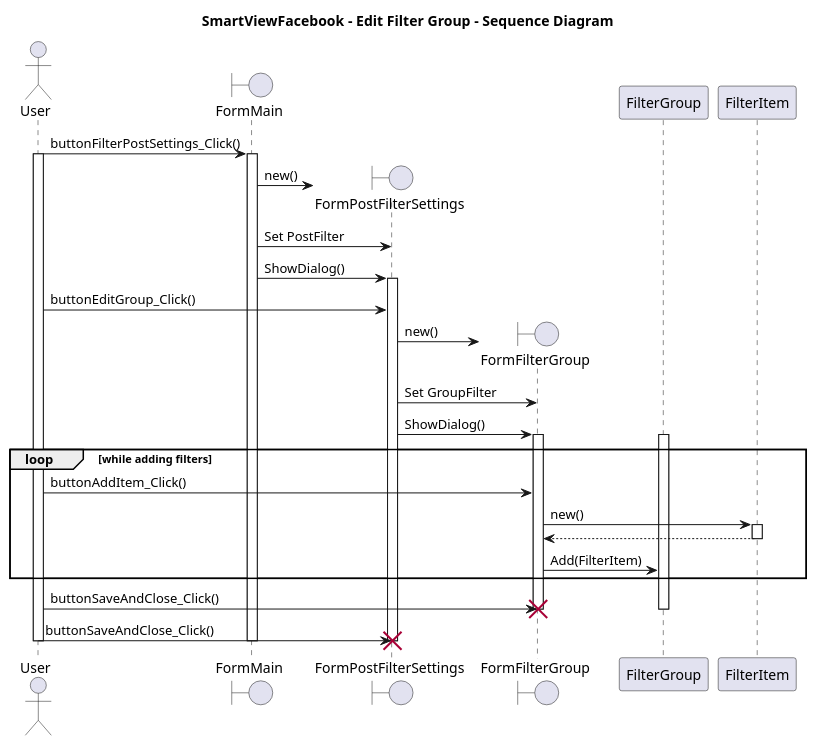
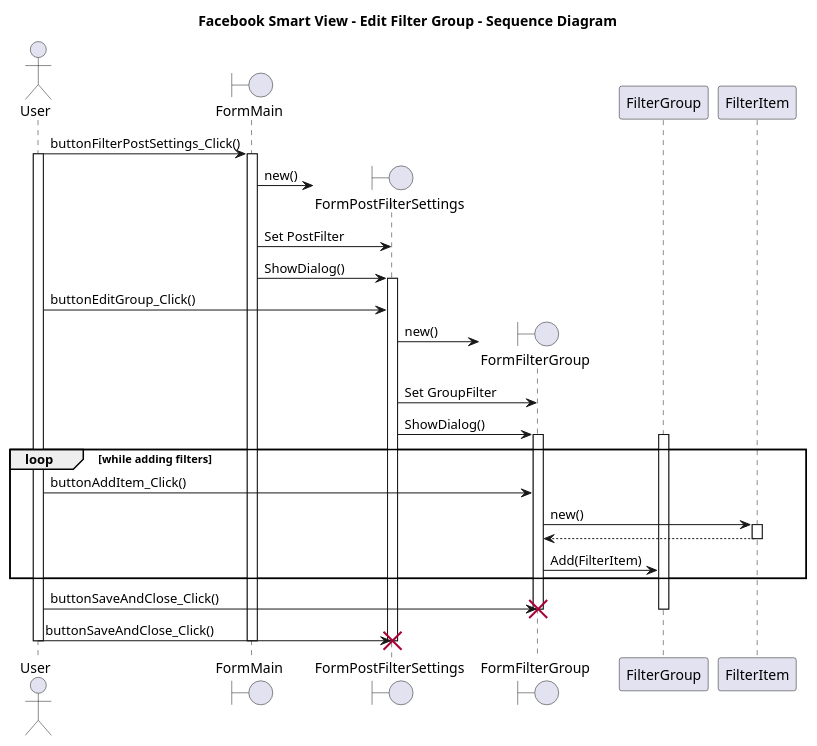
Before and after one commit to danielklein45/B16_Ex01: the diagram in DesignFiles/SequenceDiagramEditFilterGroup.plantuml, drawn with PlantUML. The commit also changed 4 other files, not shown here.

Commit message:
Added the doc explanation. changed all Uml's with the same title

```diff
--- a/DesignFiles/SequenceDiagramEditFilterGroup.plantuml
+++ b/DesignFiles/SequenceDiagramEditFilterGroup.plantuml
@@ -1,45 +1,45 @@
 @startuml
 
-title "SmartViewFacebook - Edit Filter Group - Sequence Diagram"
+title Facebook Smart View - Edit Filter Group - Sequence Diagram
 
 actor User
 boundary FormMain
 
 User -> FormMain: buttonFilterPostSettings_Click()
 activate User
 activate FormMain
 
 create boundary FormPostFilterSettings
 FormMain -> FormPostFilterSettings: new()
 FormMain -> FormPostFilterSettings: Set PostFilter
 FormMain -> FormPostFilterSettings: ShowDialog()
 activate FormPostFilterSettings
 
 User -> FormPostFilterSettings: buttonEditGroup_Click()
 
 create boundary FormFilterGroup
 
 FormPostFilterSettings -> FormFilterGroup: new()
 FormPostFilterSettings -> FormFilterGroup: Set GroupFilter
 FormPostFilterSettings -> FormFilterGroup: ShowDialog()
 activate FormFilterGroup
 
 
 activate FilterGroup
 loop while adding filters
     User -> FormFilterGroup: buttonAddItem_Click()
     FormFilterGroup -> FilterItem: new()
     activate FilterItem
     FilterItem --> FormFilterGroup
     deactivate FilterItem
     FormFilterGroup -> FilterGroup: Add(FilterItem)
 end
 User -> FormFilterGroup: buttonSaveAndClose_Click()
 deactivate FilterGroup
 destroy FormFilterGroup
 User -> FormPostFilterSettings: buttonSaveAndClose_Click()
 destroy FormPostFilterSettings
 deactivate FormMain
 deactivate User
 
 @enduml
```
